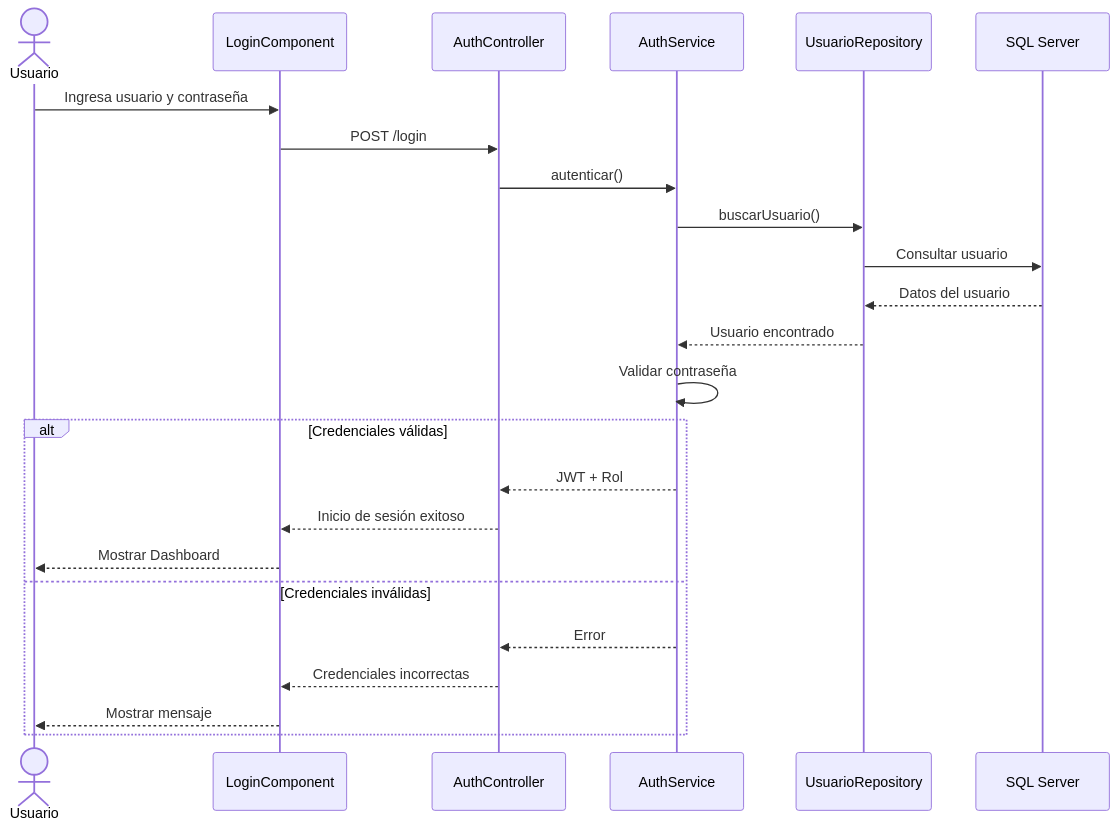
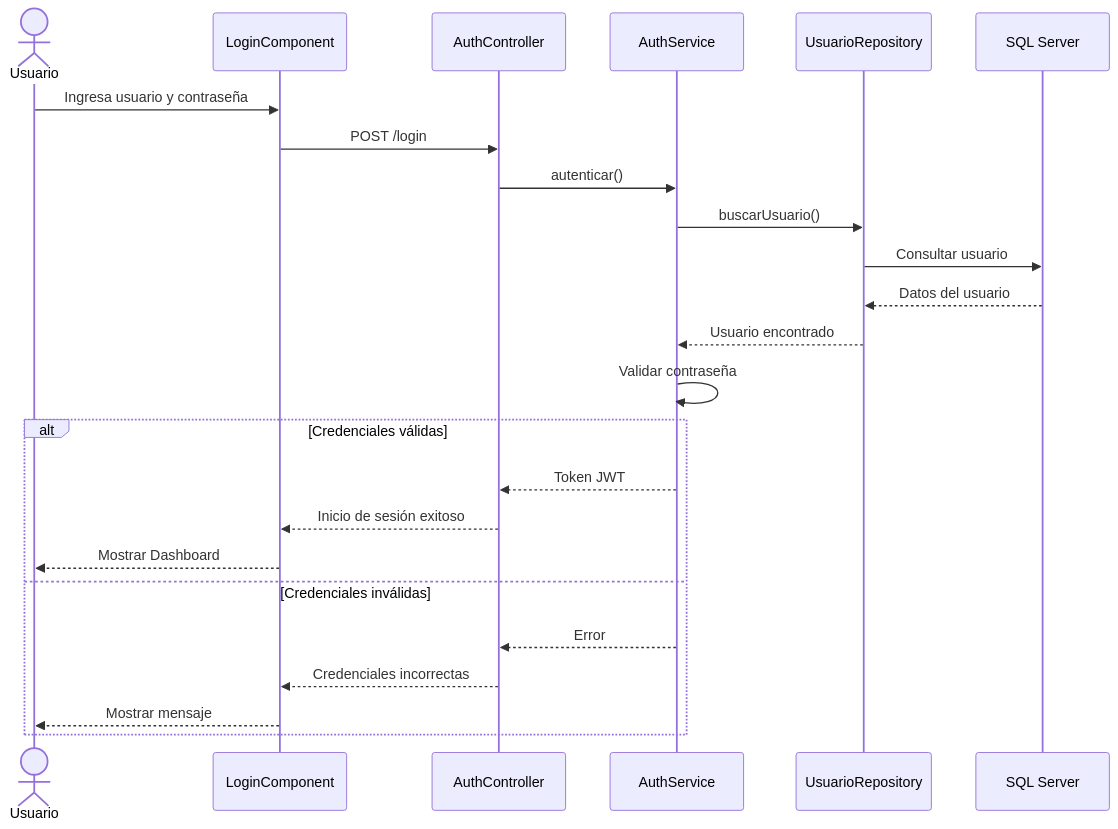
One commit to acifuinaMar/ClimGuard changed the first of 6 diagrams in docs/DOC-08-Diagramas de secuencia.md. Above: the diagram before and after it, drawn with Mermaid. The commit also changed other lines of this file and 15 other files, not shown here.

````diff
--- a/docs/DOC-08-Diagramas de secuencia.md
+++ b/docs/DOC-08-Diagramas de secuencia.md
@@ -20,45 +20,45 @@
 ```mermaid
 sequenceDiagram
 
 actor Usuario
 
 participant Login as LoginComponent
 participant AuthController
 participant AuthService
 participant UsuarioRepository
 participant SQL as SQL Server
 
 Usuario->>Login: Ingresa usuario y contraseña
 
 Login->>AuthController: POST /login
 
 AuthController->>AuthService: autenticar()
 
 AuthService->>UsuarioRepository: buscarUsuario()
 
 UsuarioRepository->>SQL: Consultar usuario
 
 SQL-->>UsuarioRepository: Datos del usuario
 
 UsuarioRepository-->>AuthService: Usuario encontrado
 
 AuthService->>AuthService: Validar contraseña
 
 alt Credenciales válidas
 
-    AuthService-->>AuthController: JWT + Rol
+    AuthService-->>AuthController: Token JWT
 
     AuthController-->>Login: Inicio de sesión exitoso
 
     Login-->>Usuario: Mostrar Dashboard
 
 else Credenciales inválidas
 
     AuthService-->>AuthController: Error
 
     AuthController-->>Login: Credenciales incorrectas
 
     Login-->>Usuario: Mostrar mensaje
 
 end
 ```
````
